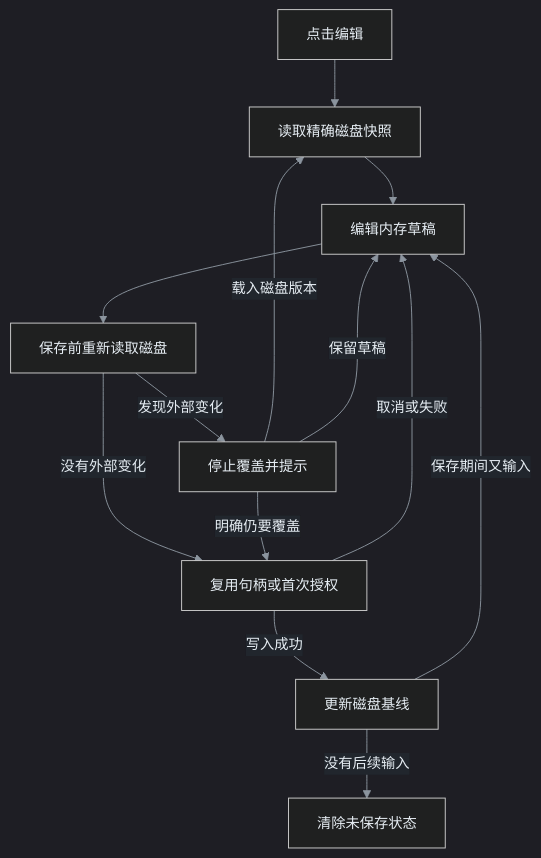
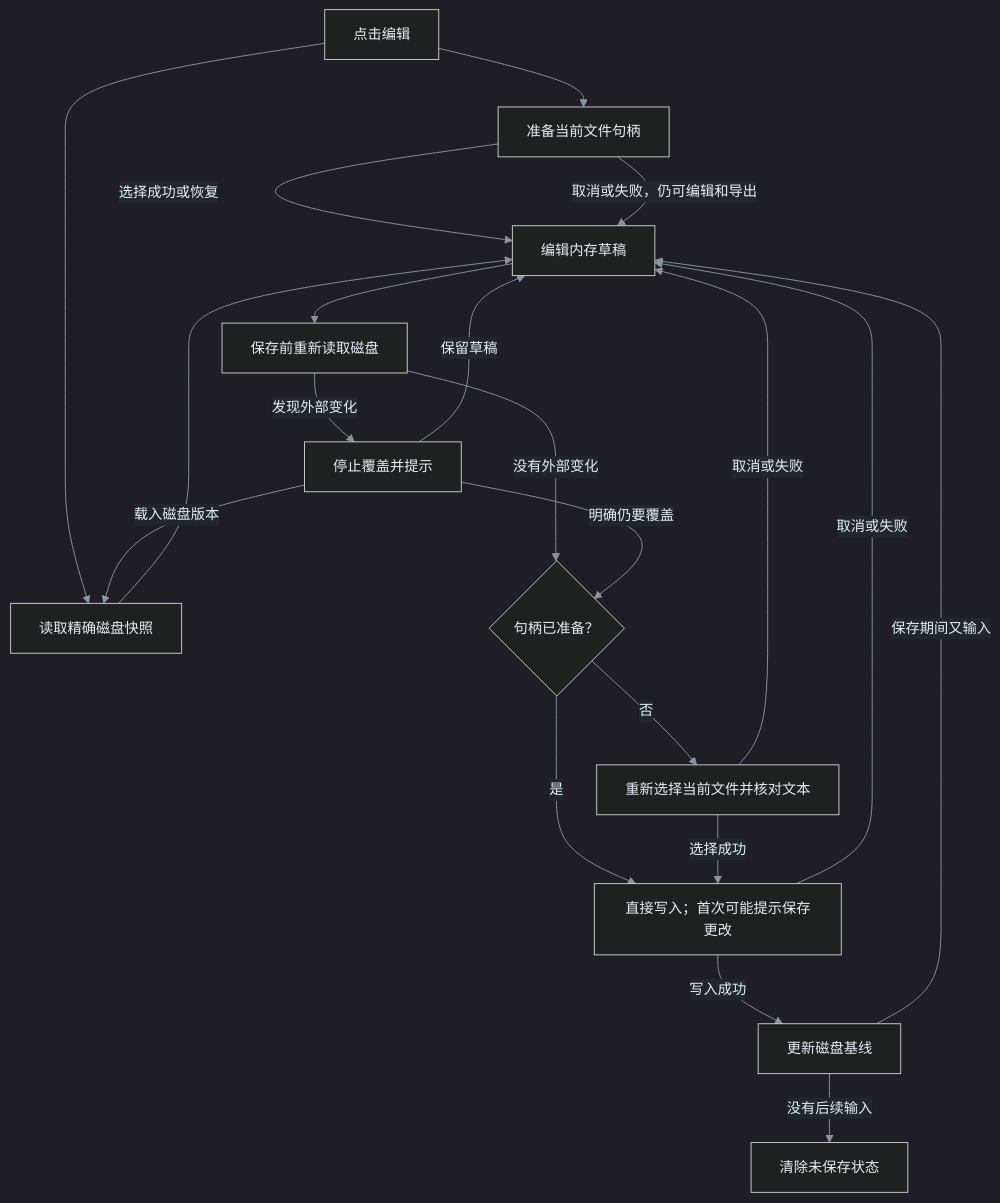
One commit to yeyangchen2009/markdown-viewer changed the diagram in docs/local-editor.md. Above: the diagram before and after it, drawn with Mermaid. The commit also changed other lines of this file and 6 other files, not shown here.

````diff
--- a/docs/local-editor.md
+++ b/docs/local-editor.md
@@ -15,16 +15,23 @@
 ```mermaid
 %%{init: {'theme':'dark','themeVariables':{'background':'#0d1117','primaryColor':'#1f6feb','primaryTextColor':'#ffffff','primaryBorderColor':'#79c0ff','secondaryColor':'#21262d','tertiaryColor':'#30363d','lineColor':'#8b949e','textColor':'#e6edf3','clusterBkg':'#161b22','clusterBorder':'#58a6ff','edgeLabelBackground':'#21262d','fontSize':'15px'}}}%%
 flowchart TD
-  A["点击编辑"] --> B["读取精确磁盘快照"]
-  B --> C["编辑内存草稿"]
-  C --> D["保存前重新读取磁盘"]
-  D -->|"没有外部变化"| E["复用句柄或首次授权"]
-  D -->|"发现外部变化"| F["停止覆盖并提示"]
-  F -->|"载入磁盘版本"| B
-  F -->|"保留草稿"| C
-  F -->|"明确仍要覆盖"| E
-  E -->|"写入成功"| G["更新磁盘基线"]
-  E -->|"取消或失败"| C
-  G -->|"保存期间又输入"| C
-  G -->|"没有后续输入"| H["清除未保存状态"]
+  A["点击编辑"] --> B["准备当前文件句柄"]
+  A --> C["读取精确磁盘快照"]
+  B -->|"选择成功或恢复"| D["编辑内存草稿"]
+  B -->|"取消或失败，仍可编辑和导出"| D
+  C --> D
+  D --> E["保存前重新读取磁盘"]
+  E -->|"没有外部变化"| F{"句柄已准备？"}
+  F -->|"是"| G["直接写入；首次可能提示保存更改"]
+  F -->|"否"| H["重新选择当前文件并核对文本"]
+  H -->|"选择成功"| G
+  H -->|"取消或失败"| D
+  E -->|"发现外部变化"| I["停止覆盖并提示"]
+  I -->|"载入磁盘版本"| C
+  I -->|"保留草稿"| D
+  I -->|"明确仍要覆盖"| F
+  G -->|"写入成功"| J["更新磁盘基线"]
+  G -->|"取消或失败"| D
+  J -->|"保存期间又输入"| D
+  J -->|"没有后续输入"| K["清除未保存状态"]
 ```
````
